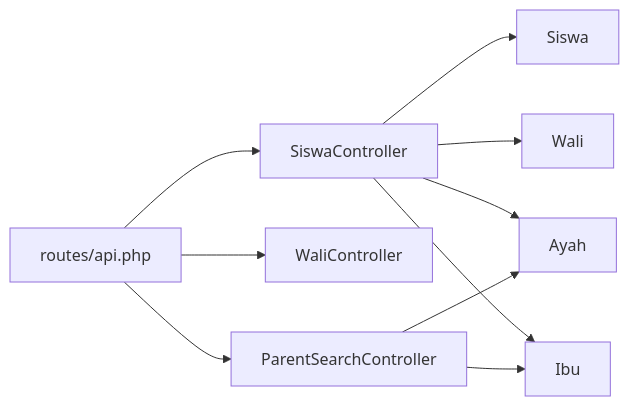
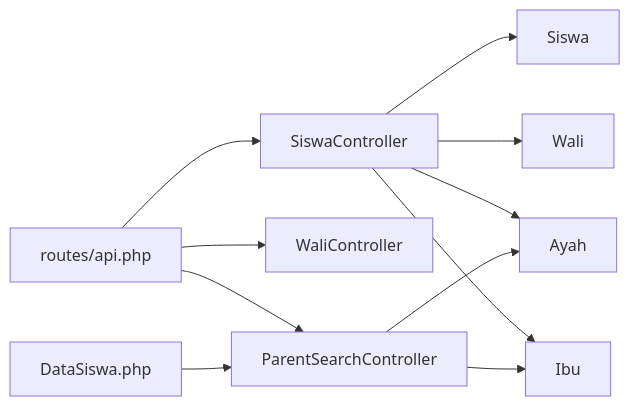
One commit to Fathurrahman-R/Manajemen-Keuangan-dan-SPP-Handayani changed the sixth of 6 diagrams in .qoder/repowiki/en/content/API Documentation/Student & Family Data API.md. Above: the diagram before and after it, drawn with Mermaid. The commit also changed other lines of this file and 32 other files, not shown here.

````diff
--- a/.qoder/repowiki/en/content/API Documentation/Student & Family Data API.md
+++ b/.qoder/repowiki/en/content/API Documentation/Student & Family Data API.md
@@ -500,12 +545,13 @@
 ```mermaid
 graph LR
 Routes["routes/api.php"] --> SiswaCtrl["SiswaController"]
 Routes --> WaliCtrl["WaliController"]
 Routes --> ParentSearchCtrl["ParentSearchController"]
 SiswaCtrl --> SiswaModel["Siswa"]
 SiswaCtrl --> WaliModel["Wali"]
 SiswaCtrl --> AyahModel["Ayah"]
 SiswaCtrl --> IbuModel["Ibu"]
 ParentSearchCtrl --> AyahModel
 ParentSearchCtrl --> IbuModel
+Frontend["DataSiswa.php"] --> ParentSearchCtrl
 ```
````
